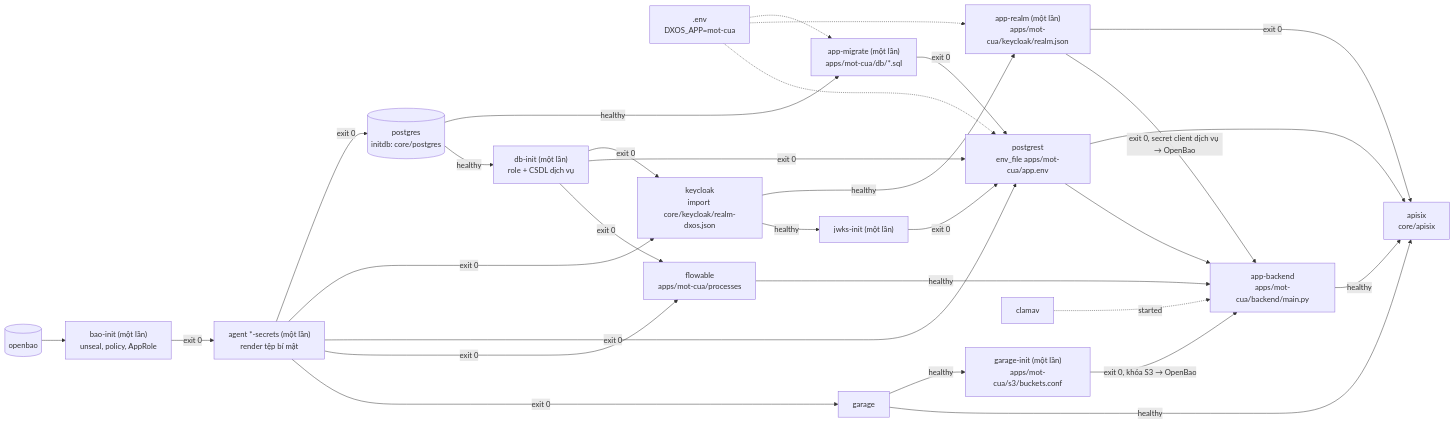
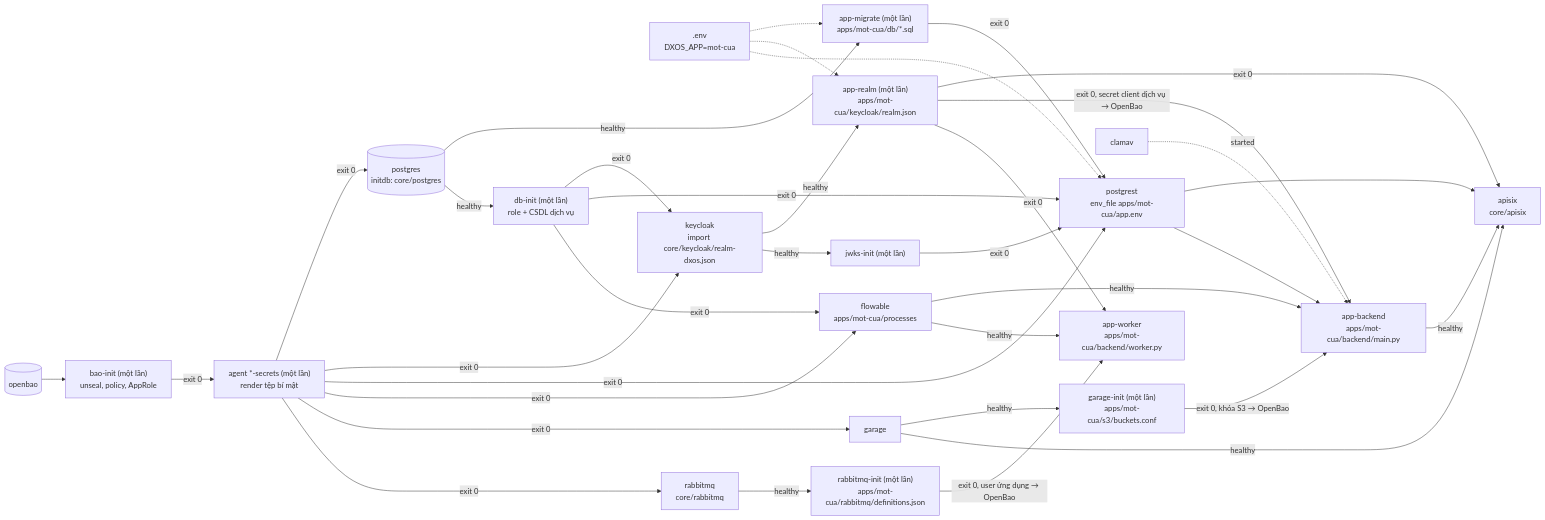
The second of 8 diagrams in docs/architecture.md (commune-dxos/commune-dxos), drawn with Mermaid before and after one commit. The commit also changed other lines of this file and 32 other files, not shown here.

````diff
--- a/docs/architecture.md
+++ b/docs/architecture.md
@@ -141,24 +148,29 @@
 ```mermaid
 flowchart LR
   ENV[".env<br/>DXOS_APP=mot-cua"] -.-> MIG & REALM & PGR
   BAO[("openbao")] --> BI["bao-init (một lần)<br/>unseal, policy, AppRole"]
   BI -->|exit 0| AG["agent *-secrets (một lần)<br/>render tệp bí mật"]
   AG -->|exit 0| PG & KC & PGR & FL & S3
   PG[("postgres<br/>initdb: core/postgres")] -->|healthy| MIG["app-migrate (một lần)<br/>apps/mot-cua/db/*.sql"]
   PG -->|healthy| DBI["db-init (một lần)<br/>role + CSDL dịch vụ"]
   DBI -->|exit 0| KC & PGR & FL
   KC["keycloak<br/>import core/keycloak/realm-dxos.json"] -->|healthy| REALM["app-realm (một lần)<br/>apps/mot-cua/keycloak/realm.json"]
   KC -->|healthy| JWKS["jwks-init (một lần)"]
   MIG -->|exit 0| PGR["postgrest<br/>env_file apps/mot-cua/app.env"]
   JWKS -->|exit 0| PGR
   PGR --> GW["apisix<br/>core/apisix"]
   REALM -->|exit 0| GW
   FL["flowable<br/>apps/mot-cua/processes"] -->|healthy| BE["app-backend<br/>apps/mot-cua/backend/main.py"]
   PGR --> BE
   S3["garage"] -->|healthy| GI["garage-init (một lần)<br/>apps/mot-cua/s3/buckets.conf"]
   GI -->|exit 0, khóa S3 → OpenBao| BE
   REALM -->|exit 0, secret client dịch vụ → OpenBao| BE
   AV["clamav"] -.->|started| BE
   BE -->|healthy| GW
   S3 -->|healthy| GW
+  AG -->|exit 0| MQ["rabbitmq<br/>core/rabbitmq"]
+  MQ -->|healthy| RI["rabbitmq-init (một lần)<br/>apps/mot-cua/rabbitmq/definitions.json"]
+  RI -->|exit 0, user ứng dụng → OpenBao| WK["app-worker<br/>apps/mot-cua/backend/worker.py"]
+  FL -->|healthy| WK
+  REALM -->|exit 0| WK
 ```
````
